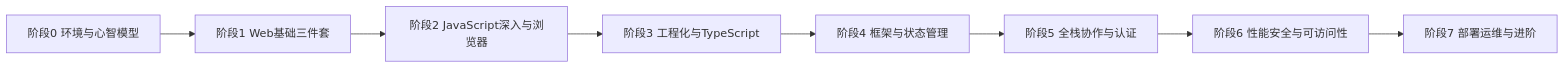
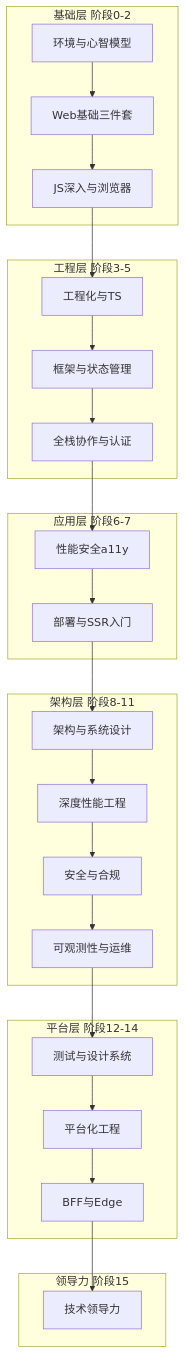
Before and after one commit to a454892215/WebDev-Compass: the diagram in KNOWLEDGE_MAP.md, drawn with Mermaid. The commit also changed other lines of this file and 17 other files, not shown here.

Commit message:
高级web开发 知识地图大纲重构

````diff
--- a/KNOWLEDGE_MAP.md
+++ b/KNOWLEDGE_MAP.md
@@ -19,10 +40,30 @@
 ```mermaid
-flowchart LR
-    S0[阶段0 环境与心智模型] --> S1[阶段1 Web基础三件套]
-    S1 --> S2[阶段2 JavaScript深入与浏览器]
-    S2 --> S3[阶段3 工程化与TypeScript]
-    S3 --> S4[阶段4 框架与状态管理]
-    S4 --> S5[阶段5 全栈协作与认证]
-    S5 --> S6[阶段6 性能安全与可访问性]
-    S6 --> S7[阶段7 部署运维与进阶]
+flowchart TB
+    subgraph base [基础层 阶段0-2]
+        S0[环境与心智模型] --> S1[Web基础三件套]
+        S1 --> S2[JS深入与浏览器]
+    end
+    subgraph eng [工程层 阶段3-5]
+        S2 --> S3[工程化与TS]
+        S3 --> S4[框架与状态管理]
+        S4 --> S5[全栈协作与认证]
+    end
+    subgraph app [应用层 阶段6-7]
+        S5 --> S6[性能安全a11y]
+        S6 --> S7[部署与SSR入门]
+    end
+    subgraph arch [架构层 阶段8-11]
+        S7 --> S8[架构与系统设计]
+        S8 --> S9[深度性能工程]
+        S9 --> S10[安全与合规]
+        S10 --> S11[可观测性与运维]
+    end
+    subgraph plat [平台层 阶段12-14]
+        S11 --> S12[测试与设计系统]
+        S12 --> S13[平台化工程]
+        S13 --> S14[BFF与Edge]
+    end
+    subgraph lead [领导力 阶段15]
+        S14 --> S15[技术领导力]
+    end
 ```
````
